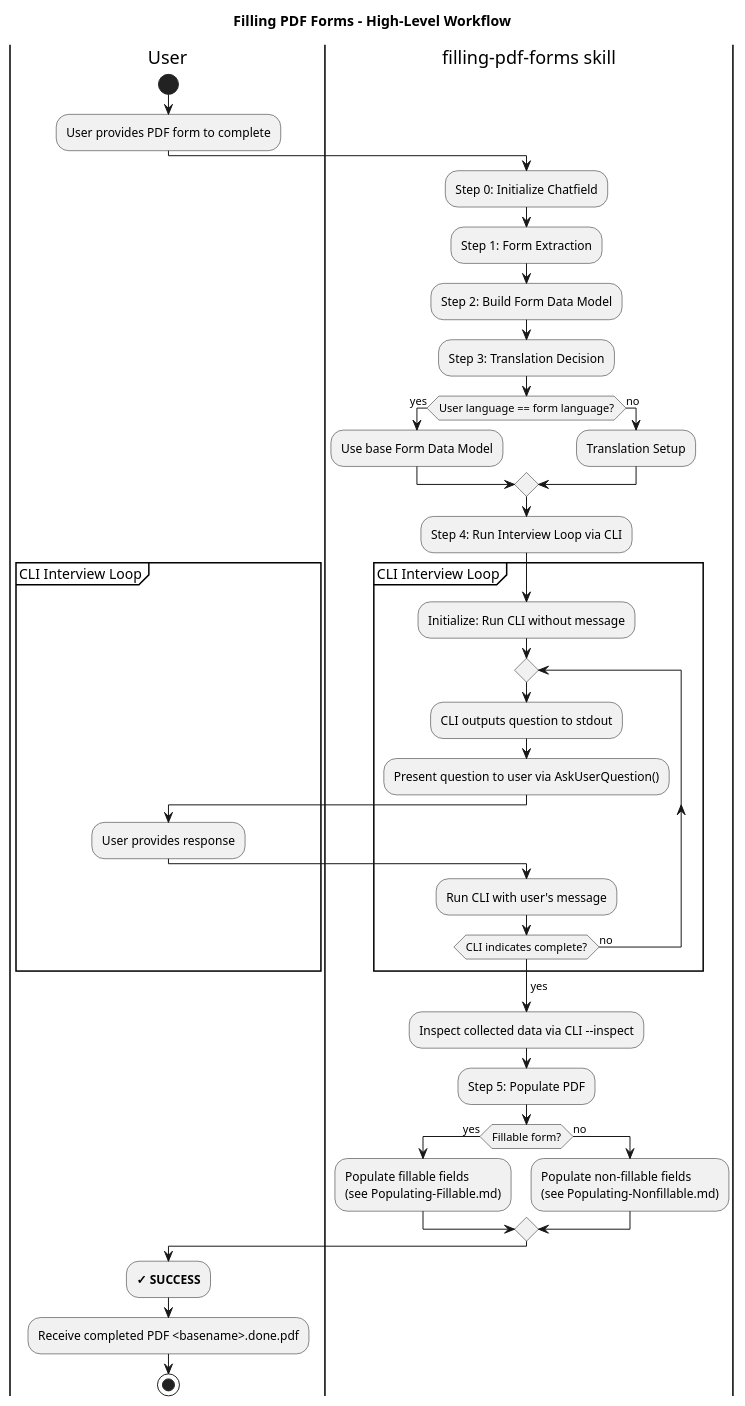
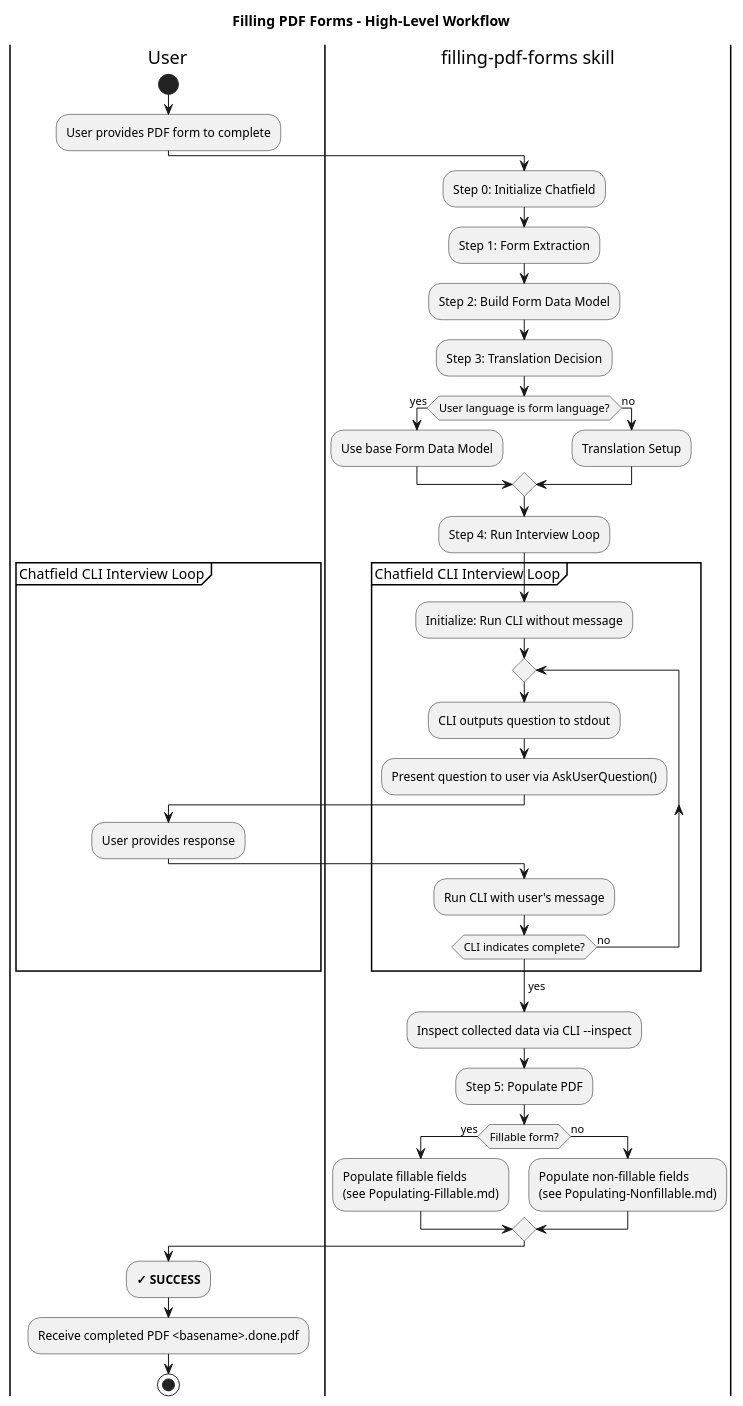
One commit to jhs/Chatfield changed the diagram in Claude/filling-pdf-forms/skills/filling-pdf-forms/SKILL.md. Above: the diagram before and after it, drawn with PlantUML.

Commit message:
Tweak the language

````diff
--- a/Claude/filling-pdf-forms/skills/filling-pdf-forms/SKILL.md
+++ b/Claude/filling-pdf-forms/skills/filling-pdf-forms/SKILL.md
@@ -19,44 +19,44 @@
 ```plantuml
 @startuml SKILL
 title Filling PDF Forms - High-Level Workflow
 |User|
 start
 :User provides PDF form to complete;
 |filling-pdf-forms skill|
 :Step 0: Initialize Chatfield;
 :Step 1: Form Extraction;
 :Step 2: Build Form Data Model;
 :Step 3: Translation Decision;
-if (User language == form language?) then (yes)
+if (User language is form language?) then (yes)
   :Use base Form Data Model;
 else (no)
   :Translation Setup;
 endif
-:Step 4: Run Interview Loop via CLI;
-partition "CLI Interview Loop" {
+:Step 4: Run Interview Loop;
+partition "Chatfield CLI Interview Loop" {
   :Initialize: Run CLI without message;
   repeat
     :CLI outputs question to stdout;
     :Present question to user via AskUserQuestion();
     |User|
     :User provides response;
     |filling-pdf-forms skill|
     :Run CLI with user's message;
   repeat while (CLI indicates complete?) is (no)
   ->yes;
 }
 :Inspect collected data via CLI --inspect;
 :Step 5: Populate PDF;
 if (Fillable form?) then (yes)
   :Populate fillable fields
   (see Populating-Fillable.md);
 else (no)
   :Populate non-fillable fields
   (see Populating-Nonfillable.md);
 endif
 |User|
 :**✓ SUCCESS**;
 :Receive completed PDF <basename>.done.pdf;
 stop
 @enduml
 ```
````
